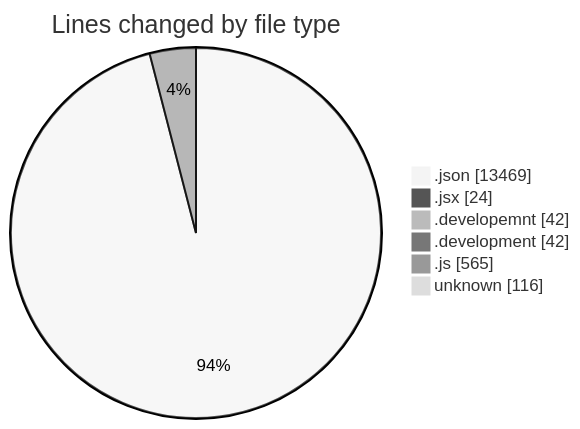
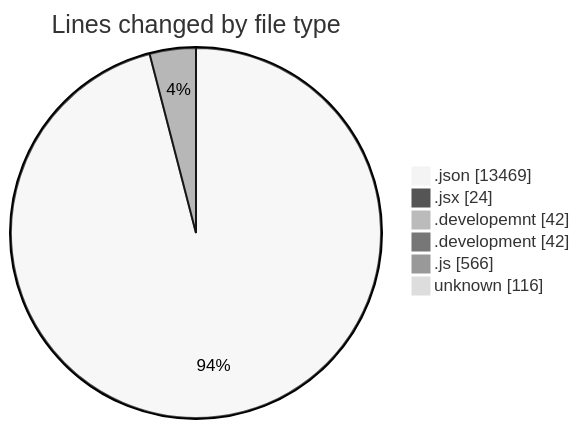
One commit to nxtqubesakshisongat/code-tracking changed the first of 2 diagrams in 2025-10-30/nxtqube_webapp/README.md. Above: the diagram before and after it, drawn with Mermaid (neutral theme). The commit also changed other lines of this file and 1 other file, not shown here.

````diff
--- a/2025-10-30/nxtqube_webapp/README.md
+++ b/2025-10-30/nxtqube_webapp/README.md
@@ -27,10 +27,10 @@
 ```mermaid
 pie showData
 title Lines changed by file type
 ".json" : 13469
 ".jsx" : 24
 ".developemnt" : 42
 ".development" : 42
-".js" : 565
+".js" : 566
 "unknown" : 116
 ```
````
